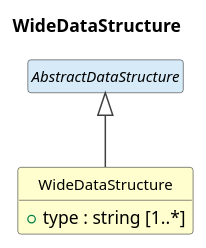
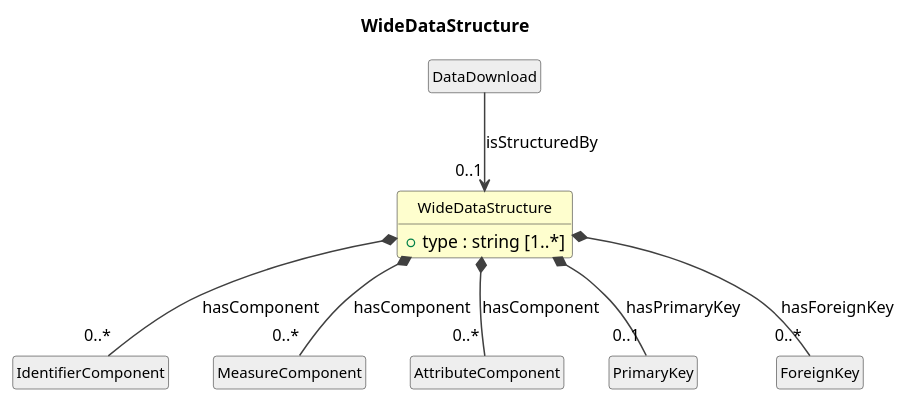
One commit to Cross-Domain-Interoperability-Framework/metadataBuildingBlocks changed the diagram in cdif-uml-model/_plantuml/cdifDataStructure/Classes/WideDataStructure.pu. Above: the diagram before and after it, drawn with PlantUML. The commit also changed 253 other files, not shown here.

First line of the commit message:
cdifDataStructure: schema refinement + regenerated diagrams

```diff
--- a/cdif-uml-model/_plantuml/cdifDataStructure/Classes/WideDataStructure.pu
+++ b/cdif-uml-model/_plantuml/cdifDataStructure/Classes/WideDataStructure.pu
@@ -1,19 +1,29 @@
 @startuml
 title WideDataStructure
 hide circle
 hide empty members
 skinparam shadowing false
 skinparam ArrowThickness 1.2
 skinparam class {
   ArrowColor #404040
   BorderColor #404040
   FontSize 12
 }
 
 class "WideDataStructure" as WideDataStructure #FEFECE {
   +type : string [1..*]
 }
-abstract class "AbstractDataStructure" as AbstractDataStructure #D6EAF8
-AbstractDataStructure <|-- WideDataStructure
+class "DataDownload" as DataDownload #EEEEEE
+DataDownload --> "0..1" WideDataStructure : isStructuredBy
+class "IdentifierComponent" as IdentifierComponent #EEEEEE
+WideDataStructure *-- "0..*" IdentifierComponent : hasComponent
+class "MeasureComponent" as MeasureComponent #EEEEEE
+WideDataStructure *-- "0..*" MeasureComponent : hasComponent
+class "AttributeComponent" as AttributeComponent #EEEEEE
+WideDataStructure *-- "0..*" AttributeComponent : hasComponent
+class "PrimaryKey" as PrimaryKey #EEEEEE
+WideDataStructure *-- "0..1" PrimaryKey : hasPrimaryKey
+class "ForeignKey" as ForeignKey #EEEEEE
+WideDataStructure *-- "0..*" ForeignKey : hasForeignKey
 
 @enduml
```
